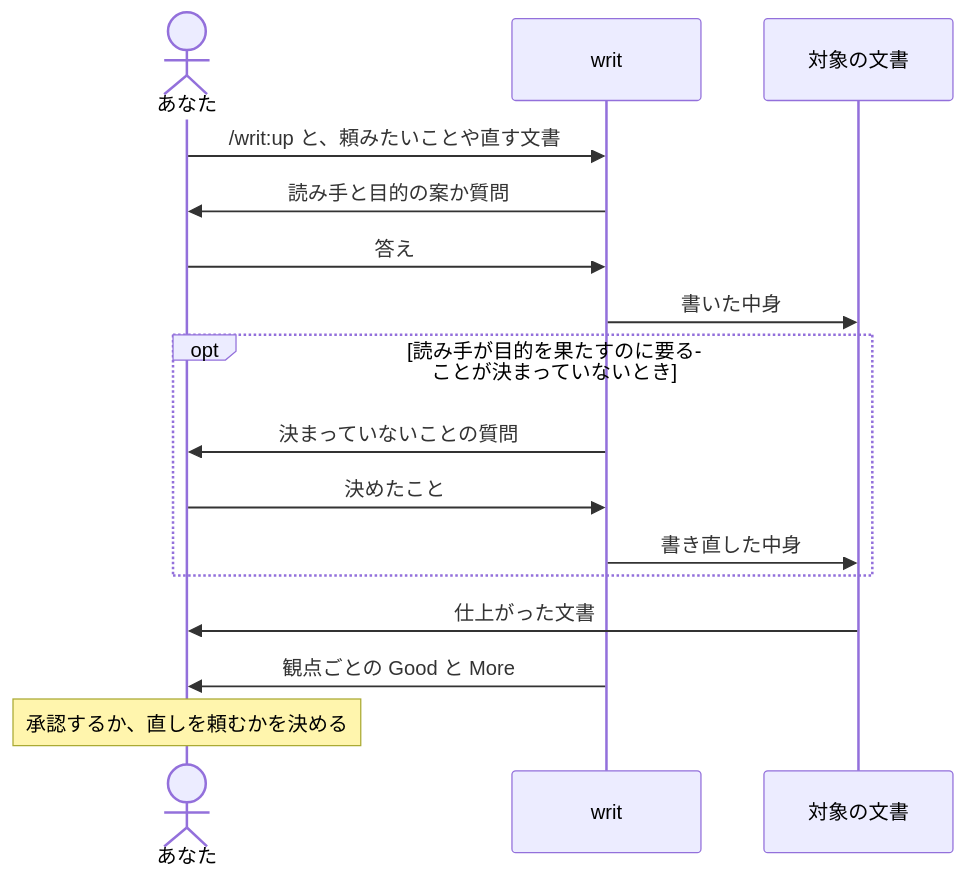
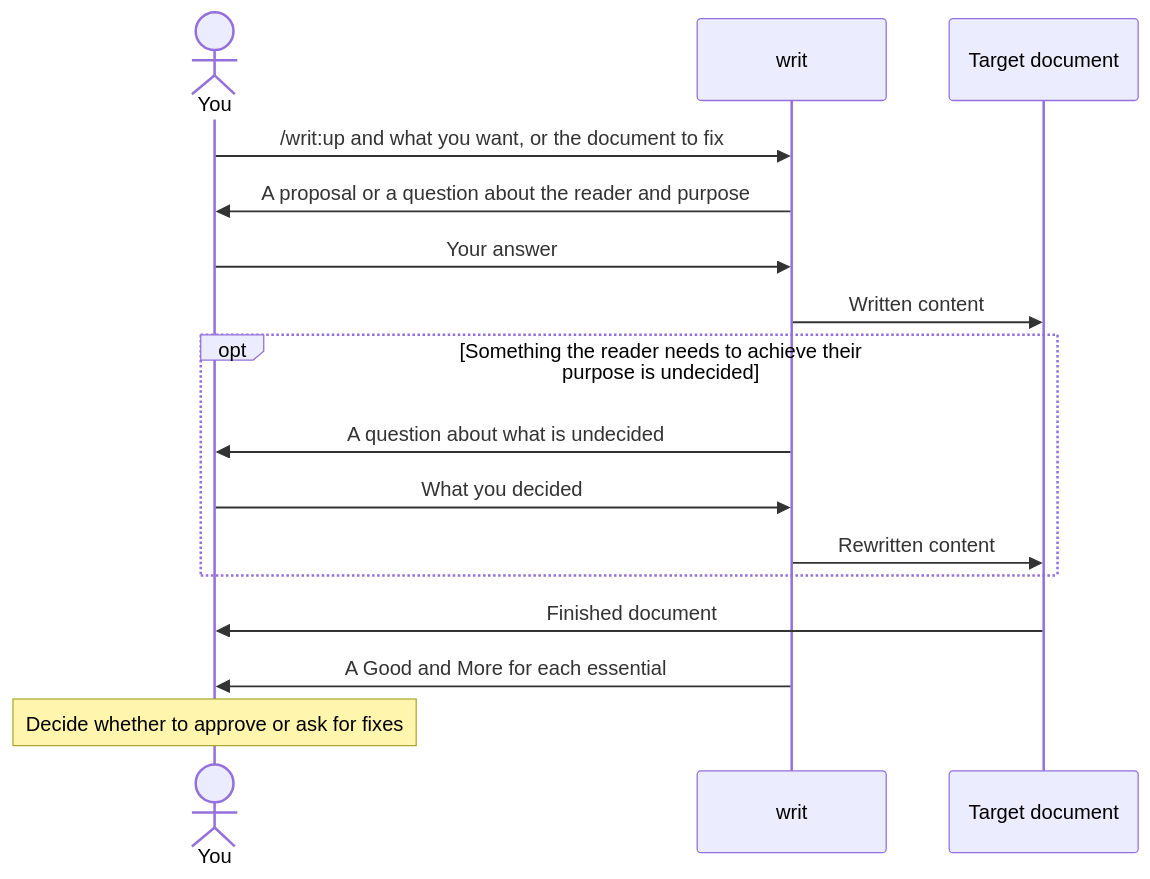
The diagram in writ/README.md (lovaizu/ccpm), drawn with Mermaid before and after one commit. The commit also changed other lines of this file and 4 other files, not shown here.

````diff
--- a/writ/README.md
+++ b/writ/README.md
@@ -12,18 +12,18 @@
 ```mermaid
 sequenceDiagram
-  actor Y as あなた
+  actor Y as You
   participant W as writ
-  participant F as 対象の文書
-  Y->>W: /writ:up と、頼みたいことや直す文書
-  W->>Y: 読み手と目的の案か質問
-  Y->>W: 答え
-  W->>F: 書いた中身
-  opt 読み手が目的を果たすのに要ることが決まっていないとき
-    W->>Y: 決まっていないことの質問
-    Y->>W: 決めたこと
-    W->>F: 書き直した中身
+  participant F as Target document
+  Y->>W: /writ:up and what you want, or the document to fix
+  W->>Y: A proposal or a question about the reader and purpose
+  Y->>W: Your answer
+  W->>F: Written content
+  opt Something the reader needs to achieve their purpose is undecided
+    W->>Y: A question about what is undecided
+    Y->>W: What you decided
+    W->>F: Rewritten content
   end
-  F->>Y: 仕上がった文書
-  W->>Y: 観点ごとの Good と More
-  Note over Y: 承認するか、直しを頼むかを決める
+  F->>Y: Finished document
+  W->>Y: A Good and More for each essential
+  Note over Y: Decide whether to approve or ask for fixes
 ```
````
